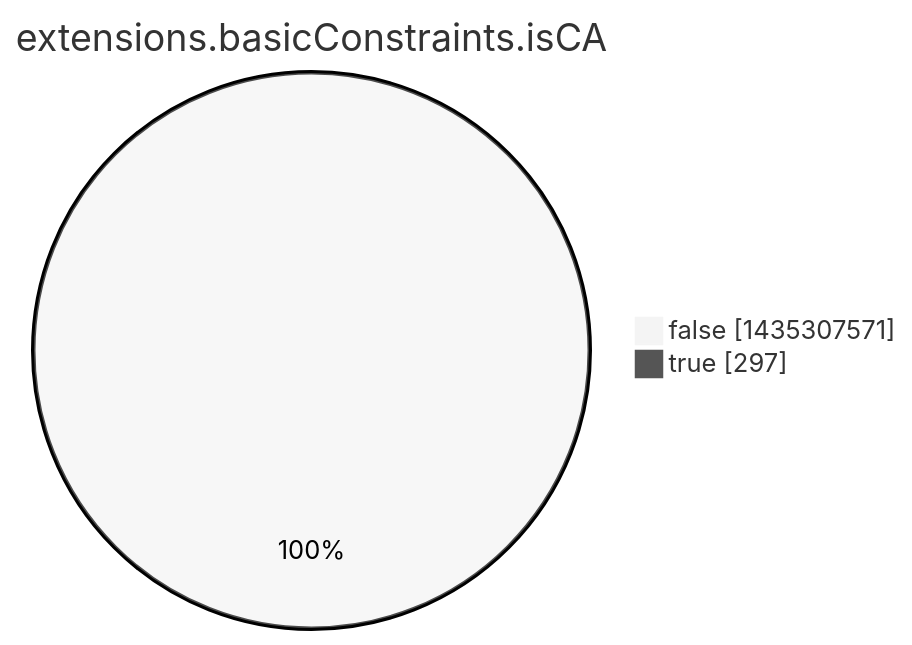
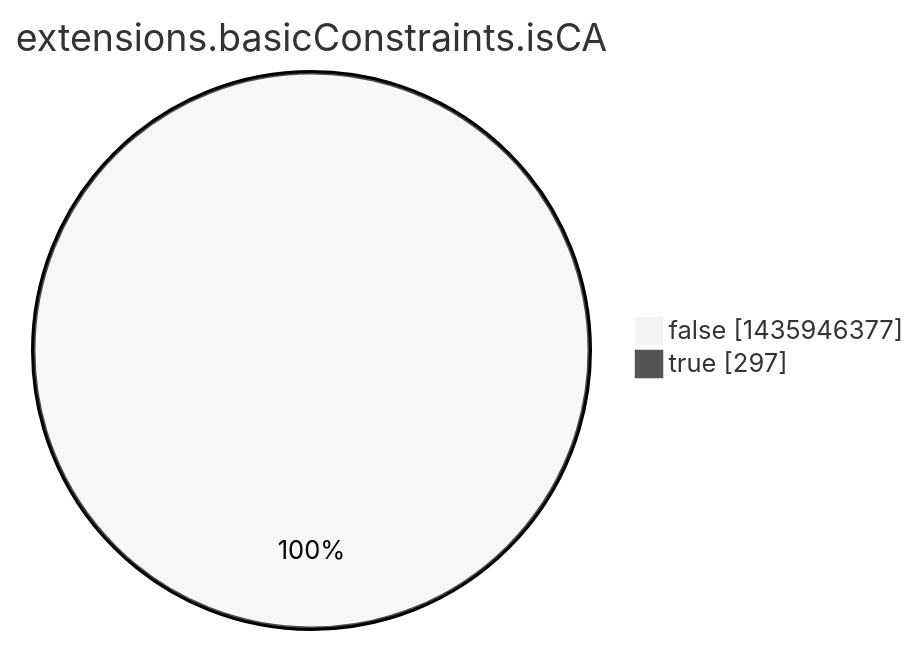
One commit to christiankrug/ctmonitor_visualization changed the eighth of 15 diagrams in argon2022/README.md. Above: the diagram before and after it, drawn with Mermaid (neutral theme). The commit also changed other lines of this file, not shown here.

````diff
--- a/argon2022/README.md
+++ b/argon2022/README.md
@@ -2760,6 +2760,6 @@
 ```mermaid
 pie showData
 title extensions.basicConstraints.isCA
-"false" :1435307571
+"false" :1435946377
 "true" :297
 ```
````
